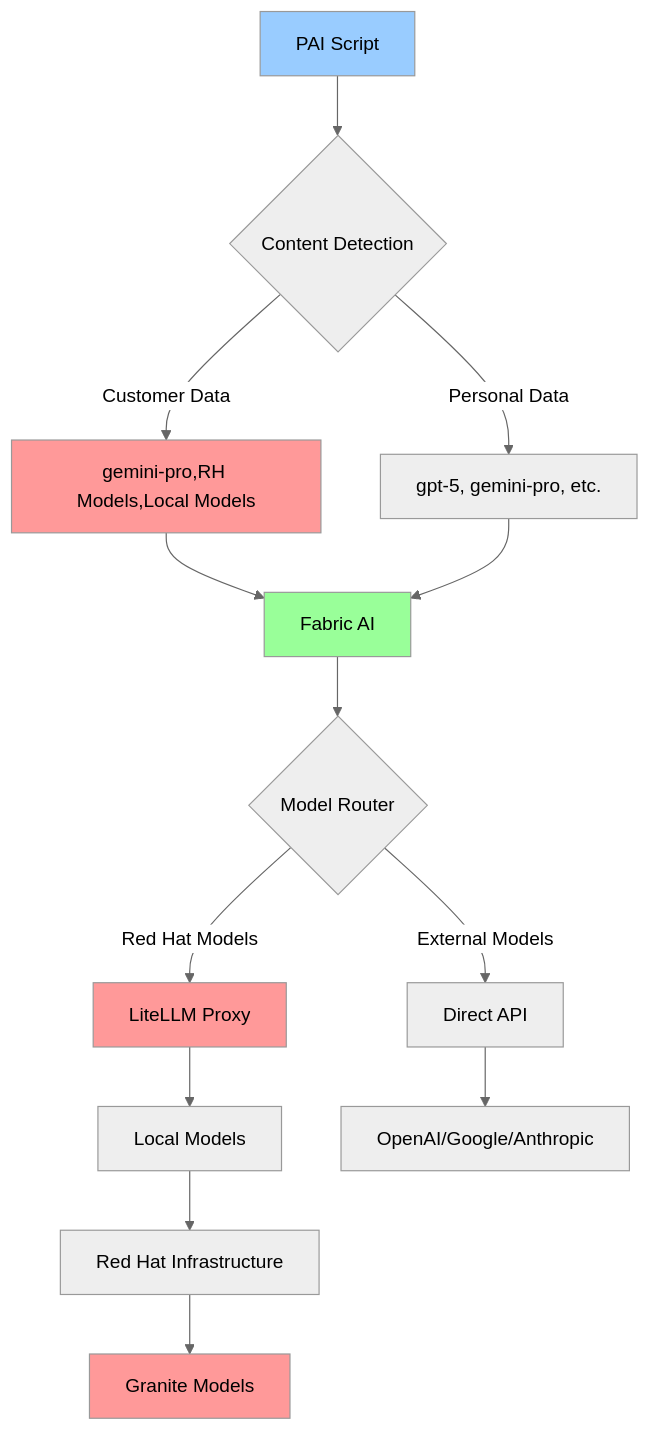
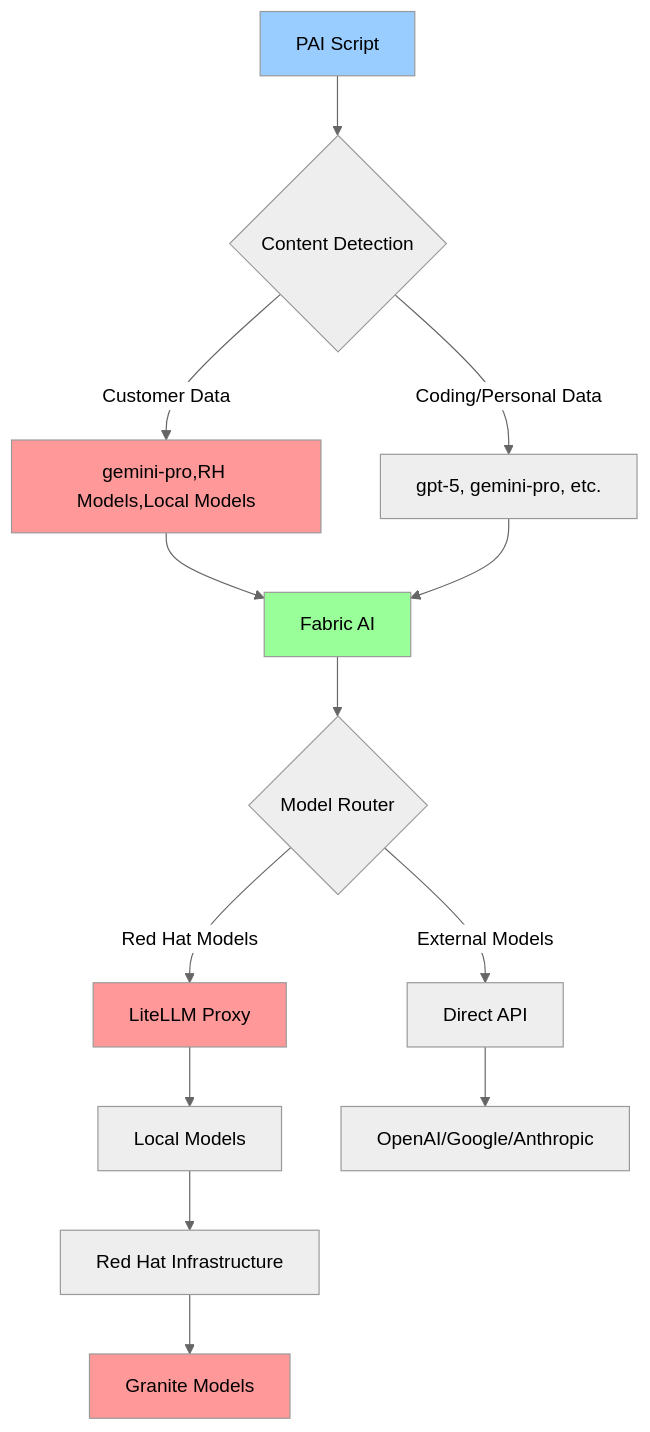
One commit to thebyrdman-git/taminator changed the first of 2 diagrams in README.md. Above: the diagram before and after it, drawn with Mermaid (neutral theme). The commit also changed other lines of this file, not shown here.

````diff
--- a/README.md
+++ b/README.md
@@ -92,25 +91,25 @@
 ```mermaid
 graph TD
     A[PAI Script] --> B{Content Detection}
     B -->|Customer Data| C[gemini-pro,RH Models,Local Models]
-    B -->|Personal Data| D[gpt-5, gemini-pro, etc.]
+    B -->|Coding/Personal Data| D[gpt-5, gemini-pro, etc.]
 
     C --> E[Fabric AI]
     D --> E[Fabric AI]
 
     E --> F{Model Router}
     F -->|Red Hat Models| G[LiteLLM Proxy]
     F -->|External Models| H[Direct API]
 
     G --> I[Local Models]
     I --> J[Red Hat Infrastructure]
     J --> K[Granite Models]
 
     H --> L[OpenAI/Google/Anthropic]
 
     style C fill:#ff9999
     style G fill:#ff9999
     style K fill:#ff9999
     style A fill:#99ccff
     style E fill:#99ff99
 ```
````
